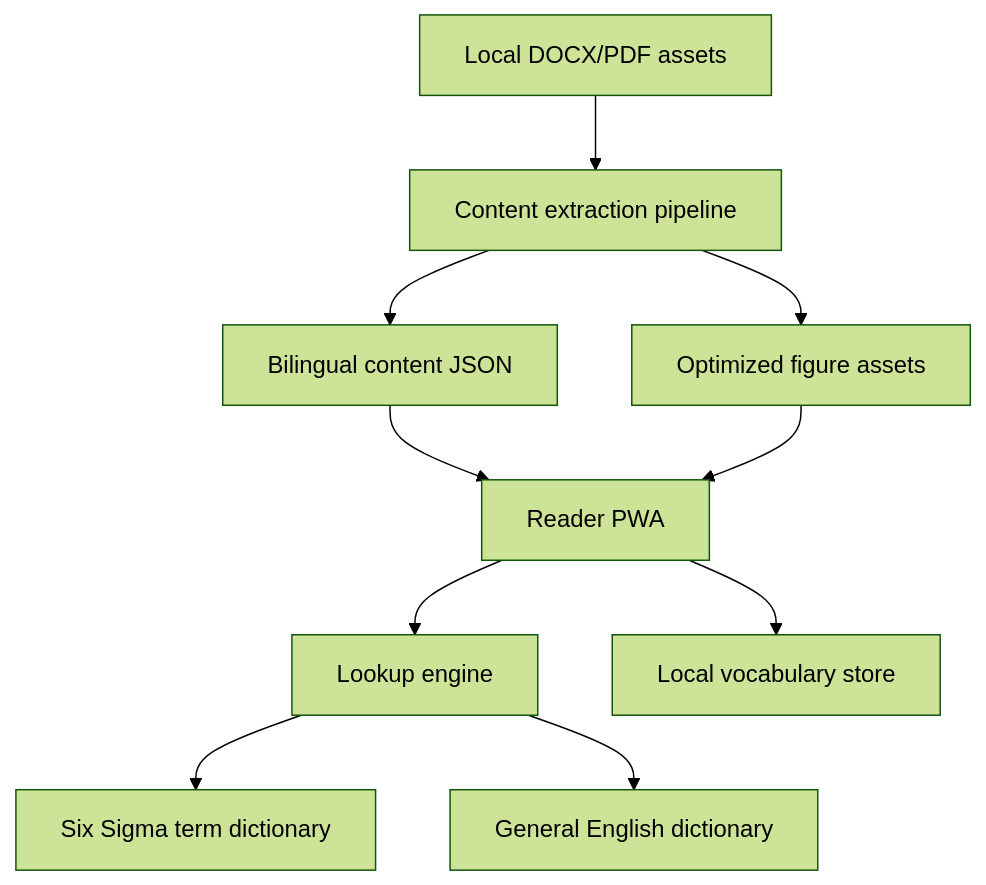
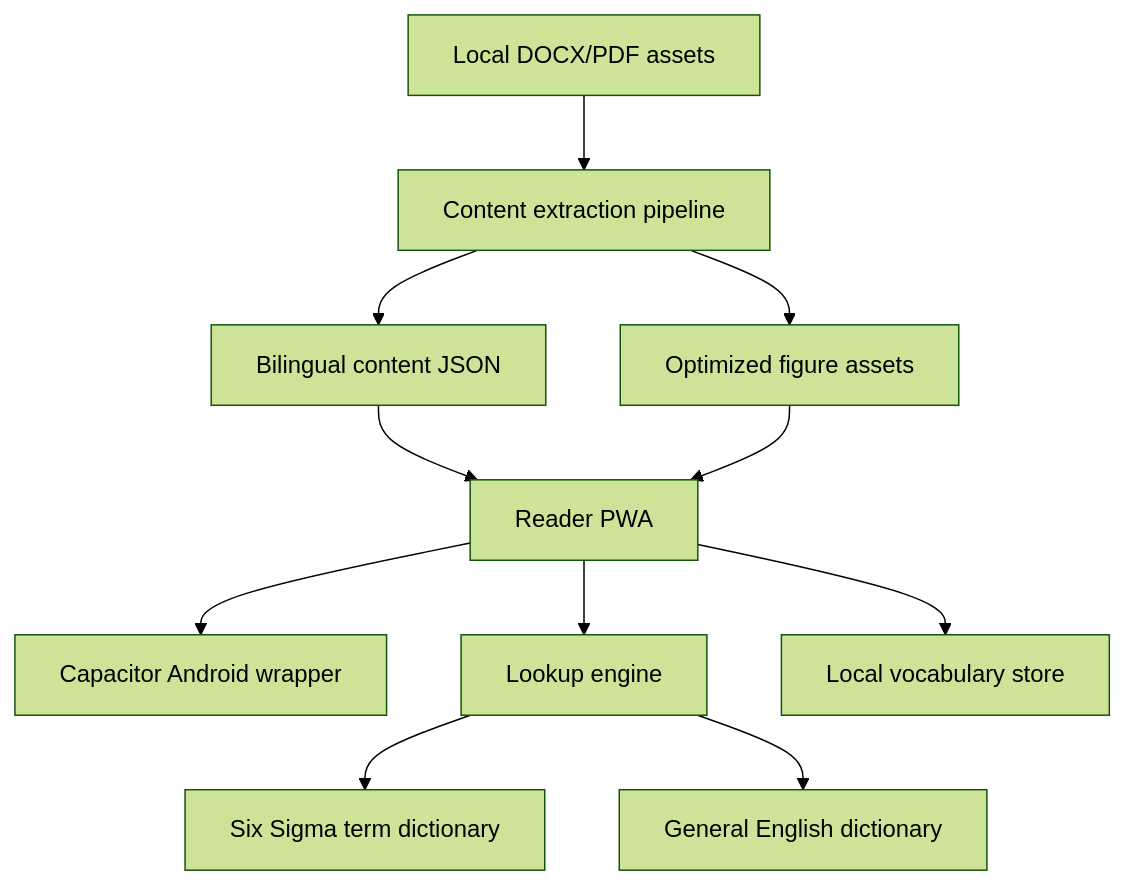
The diagram in docs/02-architecture.md (Felix-Zuo/six-sigma-study-app), drawn with Mermaid (forest theme) before and after one commit. The commit also changed other lines of this file and 33 other files, not shown here.

Commit message:
Add Capacitor Android debug build

````diff
--- a/docs/02-architecture.md
+++ b/docs/02-architecture.md
@@ -5,12 +5,13 @@
 ```mermaid
 flowchart TD
   A["Local DOCX/PDF assets"] --> B["Content extraction pipeline"]
   B --> C["Bilingual content JSON"]
   B --> D["Optimized figure assets"]
   C --> E["Reader PWA"]
   D --> E
-  E --> F["Lookup engine"]
-  F --> G["Six Sigma term dictionary"]
-  F --> H["General English dictionary"]
-  E --> I["Local vocabulary store"]
+  E --> F["Capacitor Android wrapper"]
+  E --> G["Lookup engine"]
+  G --> H["Six Sigma term dictionary"]
+  G --> I["General English dictionary"]
+  E --> J["Local vocabulary store"]
 ```
````
